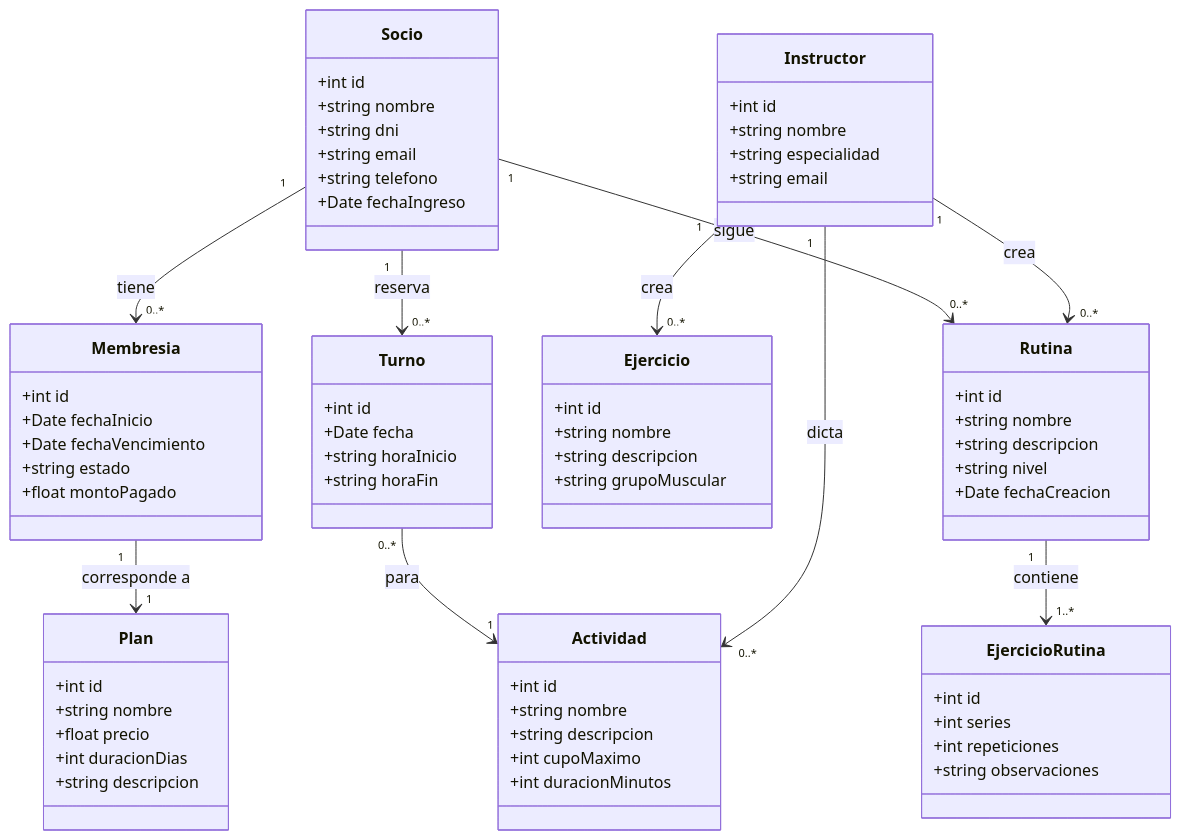
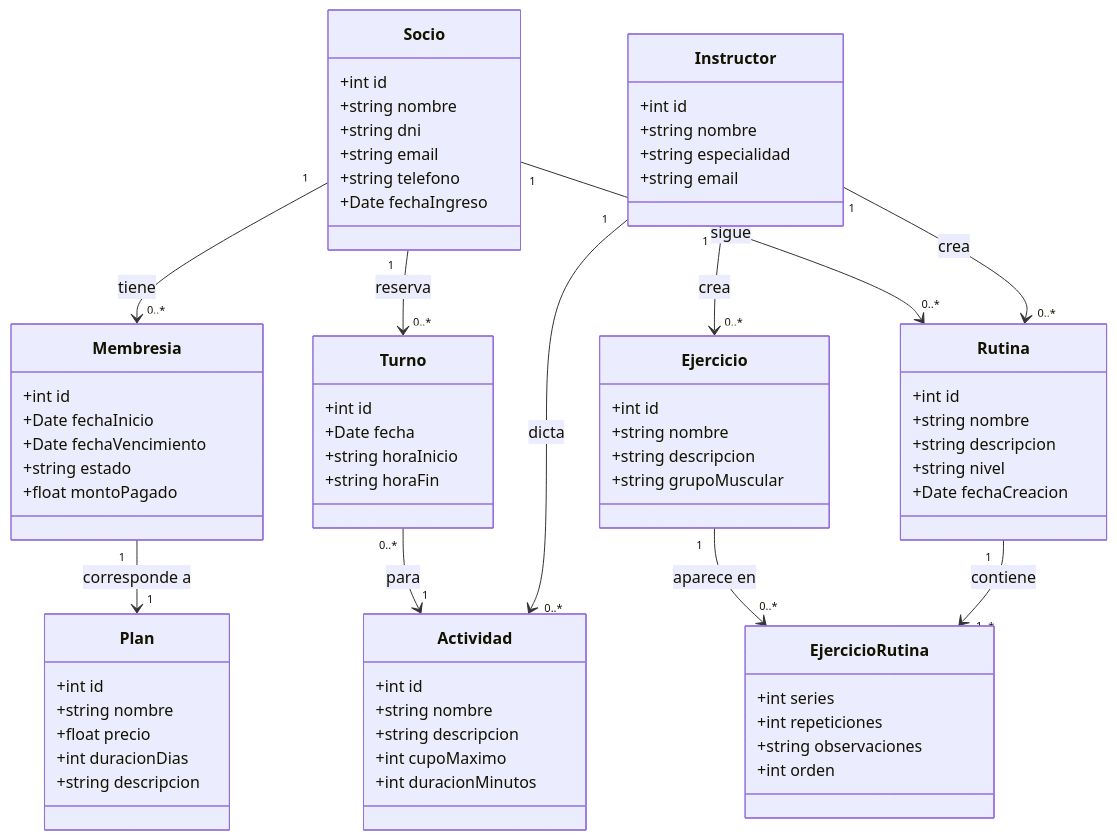
Before and after one commit to AlejoMistra/TP-DSW: the diagram in proposal.md, drawn with Mermaid.

Commit message:
Update MD

```diff
--- a/proposal.md
+++ b/proposal.md
@@ -87,10 +87,10 @@
 }
 
 class EjercicioRutina {
-  +int id
   +int series
   +int repeticiones
   +string observaciones
+  +int orden
 }
 
 class Turno {
@@ -101,6 +101,8 @@
 }
 
 %% RELACIONES
+
+Ejercicio "1" --> "0..*" EjercicioRutina : aparece en
 
 Socio "1" --> "0..*" Membresia : tiene
 Membresia "1" --> "1" Plan : corresponde a
```
